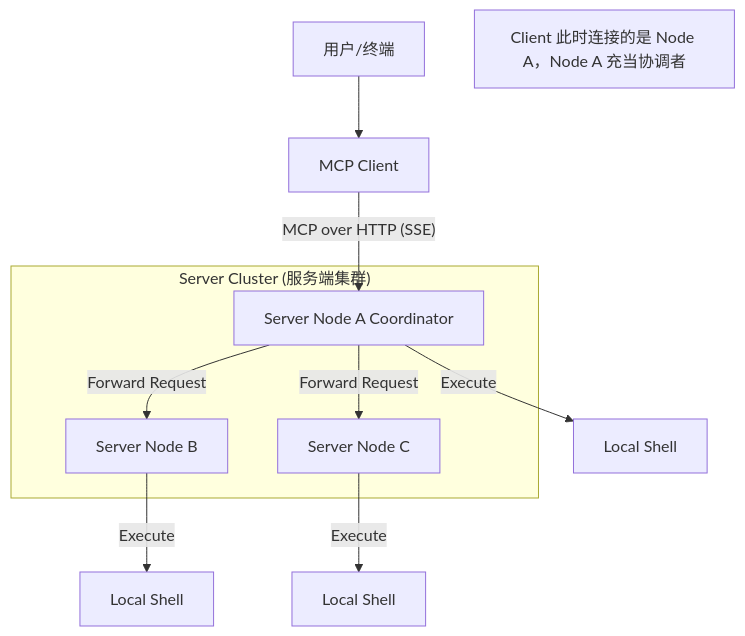
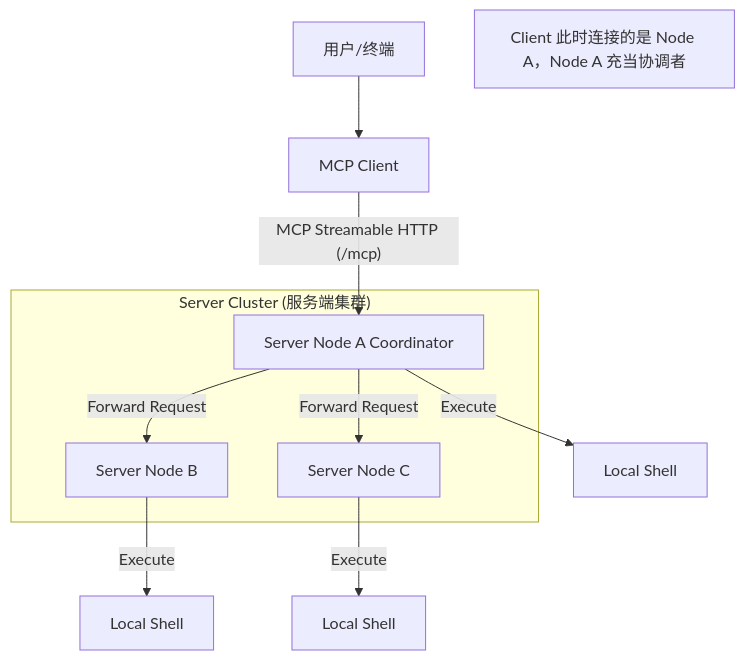
One commit to AceDarkknight/shell-executor-mcp changed the first of 3 diagrams in docs/architecture.md. Above: the diagram before and after it, drawn with Mermaid. The commit also changed other lines of this file and 19 other files, not shown here.

````diff
--- a/docs/architecture.md
+++ b/docs/architecture.md
@@ -5,21 +5,21 @@
 ```mermaid
 graph TD
     User[用户/终端] --> Client[MCP Client]
     
     subgraph "Server Cluster (服务端集群)"
         NodeA[Server Node A Coordinator]
         NodeB[Server Node B]
         NodeC[Server Node C]
     end
     
-    Client -- "MCP over HTTP (SSE)" --> NodeA
+    Client -- "MCP Streamable HTTP (/mcp)" --> NodeA
     
     NodeA -- "Forward Request" --> NodeB
     NodeA -- "Forward Request" --> NodeC
     
     NodeA -- "Execute" --> ShellA[Local Shell]
     NodeB -- "Execute" --> ShellB[Local Shell]
     NodeC -- "Execute" --> ShellC[Local Shell]
     
     note[Client 此时连接的是 Node A，Node A 充当协调者]
 ```
````
